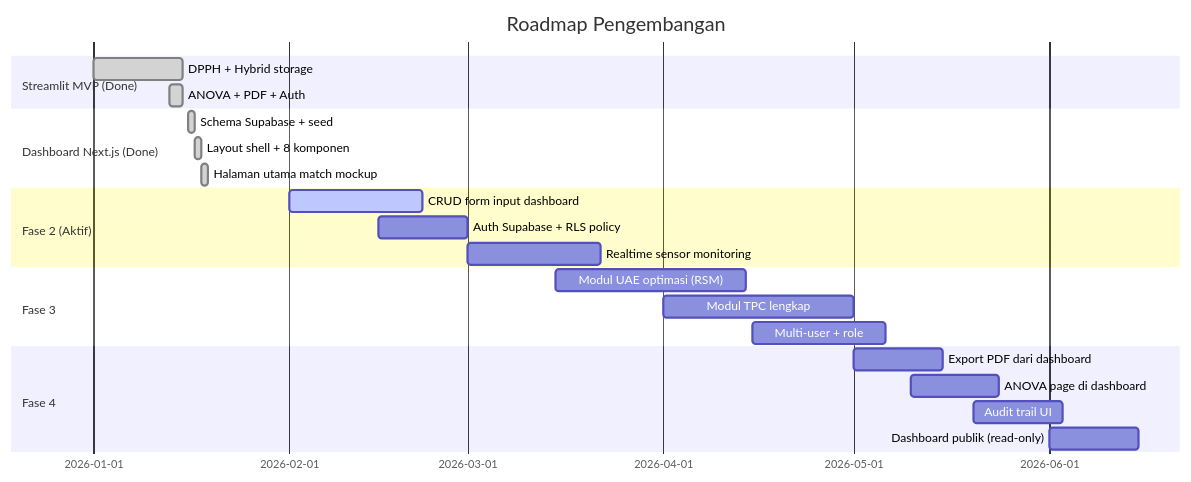
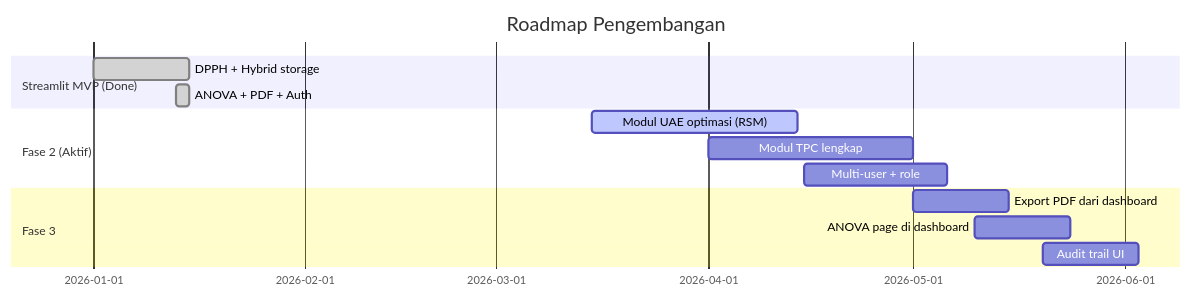
One commit to josskixg/labs-daunsalam changed the diagram in README.md. Above: the diagram before and after it, drawn with Mermaid. The commit also changed other lines of this file, not shown here.

Commit message:
chore: simplify README to focus on Streamlit + Google Sheets (remove Next.js dashboard sections)

````diff
--- a/README.md
+++ b/README.md
@@ -861,30 +386,19 @@
 ```mermaid
 gantt
     title Roadmap Pengembangan
     dateFormat YYYY-MM-DD
 
     section Streamlit MVP (Done)
     DPPH + Hybrid storage      :done, 2026-01-01, 2026-01-15
     ANOVA + PDF + Auth         :done, 2026-01-13, 2026-01-15
 
-    section Dashboard Next.js (Done)
-    Schema Supabase + seed     :done, 2026-01-16, 2026-01-17
-    Layout shell + 8 komponen  :done, 2026-01-17, 2026-01-18
-    Halaman utama match mockup :done, 2026-01-18, 2026-01-19
-
     section Fase 2 (Aktif)
-    CRUD form input dashboard  :active, 2026-02-01, 21d
-    Auth Supabase + RLS policy :2026-02-15, 14d
-    Realtime sensor monitoring :2026-03-01, 21d
-
-    section Fase 3
-    Modul UAE optimasi (RSM)   :2026-03-15, 30d
+    Modul UAE optimasi (RSM)   :active, 2026-03-15, 30d
     Modul TPC lengkap          :2026-04-01, 30d
     Multi-user + role          :2026-04-15, 21d
 
-    section Fase 4
+    section Fase 3
     Export PDF dari dashboard  :2026-05-01, 14d
     ANOVA page di dashboard    :2026-05-10, 14d
     Audit trail UI             :2026-05-20, 14d
-    Dashboard publik (read-only) :2026-06-01, 14d
 ```
````
